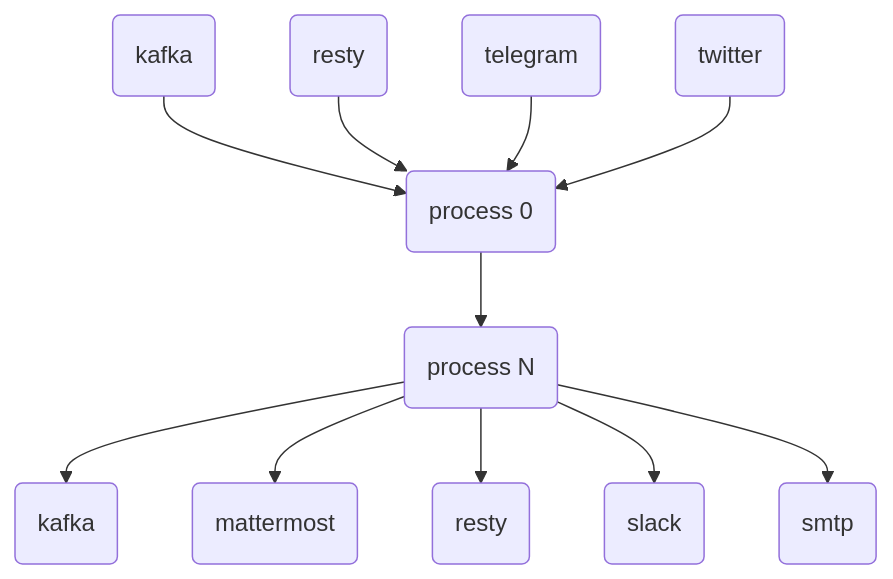
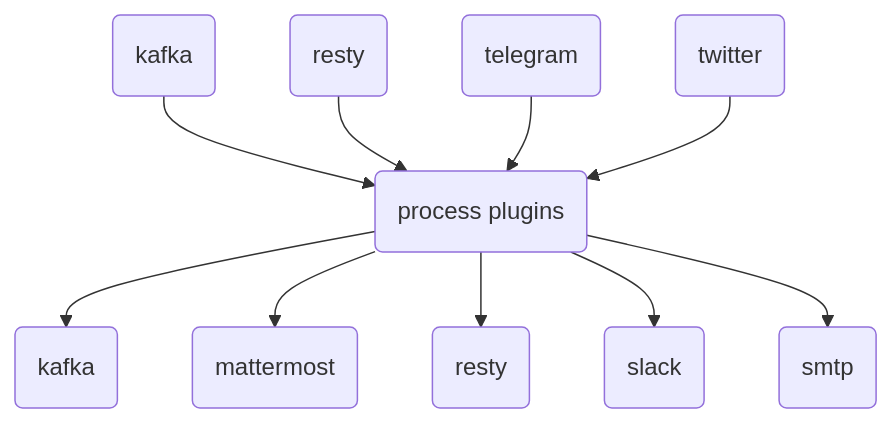
One commit to livelace/gosquito changed the diagram in README.md. Above: the diagram before and after it, drawn with Mermaid.

Commit message:
mermaid experiment

````diff
--- a/README.md
+++ b/README.md
@@ -9,13 +9,12 @@
 ```mermaid
 graph TD;
-    I1(kafka)-->P1(process 0);
+    I1(kafka)-->P1(process plugins);
     I2(resty)-->P1;
     I3(telegram)-->P1;
     I4(twitter)-->P1;
-    P1-->P2(process N);
-    P2-->O1(kafka);
-    P2-->O2(mattermost);
-    P2-->O3(resty);
-    P2-->O4(slack);
-    P2-->O5(smtp);
+    P1-->O1(kafka);
+    P1-->O2(mattermost);
+    P1-->O3(resty);
+    P1-->O4(slack);
+    P1-->O5(smtp);
 ```
````
